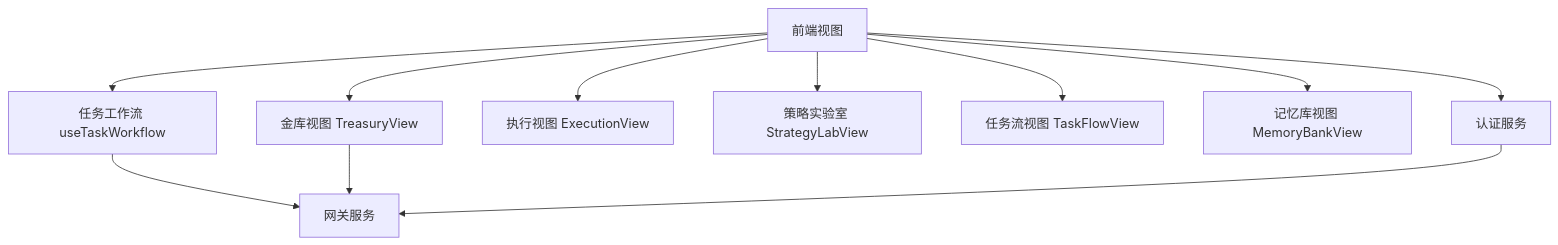
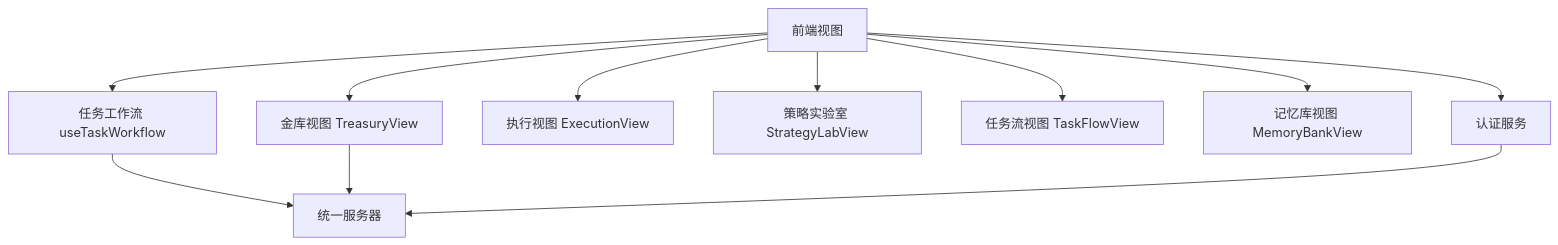
One commit to Maki3991/study-PactLedger changed the ninth of 10 diagrams in .qoder/repowiki/zh/content/核心组件/双服务器架构.md. Above: the diagram before and after it, drawn with Mermaid. The commit also changed other lines of this file and 8 other files, not shown here.

````diff
--- a/.qoder/repowiki/zh/content/核心组件/双服务器架构.md
+++ b/.qoder/repowiki/zh/content/核心组件/双服务器架构.md
@@ -448,13 +370,13 @@
 ```mermaid
 graph TB
 UI["前端视图"] --> WF["任务工作流 useTaskWorkflow"]
 UI --> TV["金库视图 TreasuryView"]
 UI --> EV["执行视图 ExecutionView"]
 UI --> SLV["策略实验室 StrategyLabView"]
 UI --> TFV["任务流视图 TaskFlowView"]
 UI --> MBV["记忆库视图 MemoryBankView"]
 UI --> AuthSrv["认证服务"]
-WF --> GW["网关服务"]
-TV --> GW
-AuthSrv --> GW
+WF --> SVR["统一服务器"]
+TV --> SVR
+AuthSrv --> SVR
 ```
````
